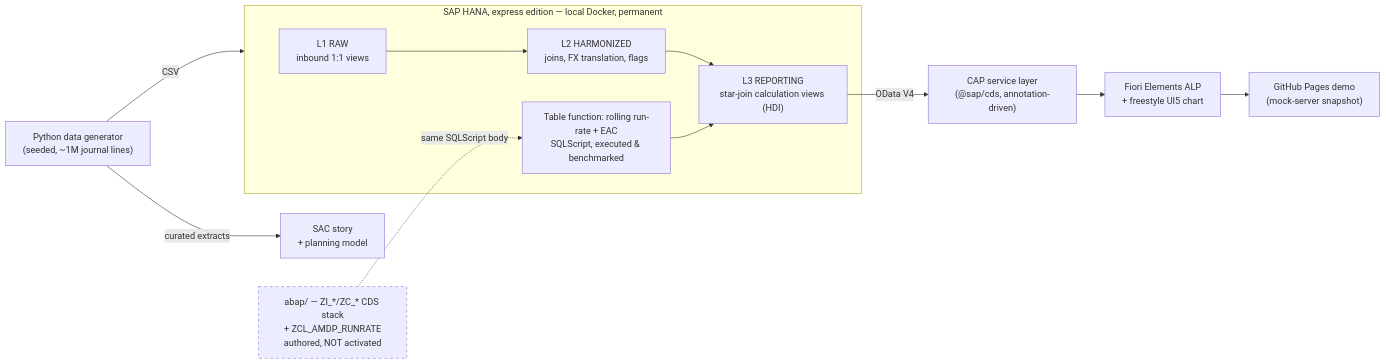
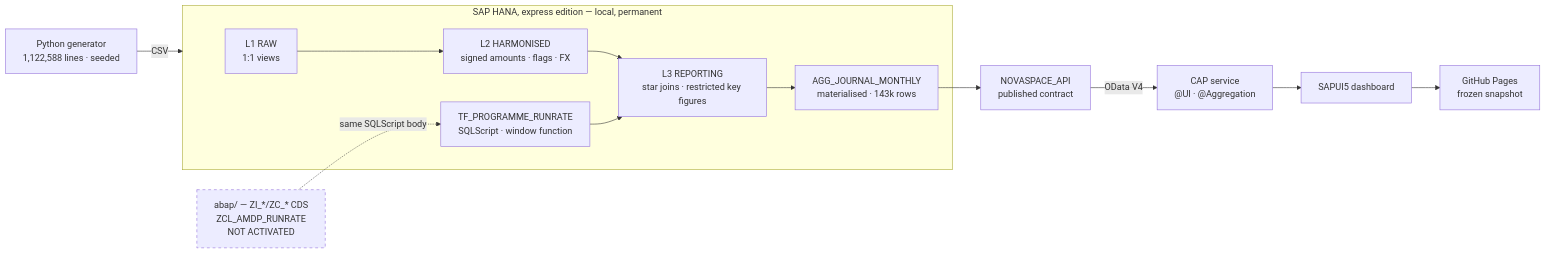
Before and after one commit to Aymane-git21/nova-finance-bi: the diagram in README.md, drawn with Mermaid. The commit also changed other lines of this file and 3 other files, not shown here.

````diff
--- a/README.md
+++ b/README.md
@@ -21,19 +31,20 @@
 ```mermaid
 flowchart LR
-    GEN["Python data generator<br/>(seeded, ~1M journal lines)"] -->|CSV| HANA
-    GEN -->|curated extracts| SAC["SAC story<br/>+ planning model"]
+    GEN["Python generator<br/>1,122,588 lines · seeded"] -->|CSV| HANA
 
-    subgraph HANA["SAP HANA, express edition — local Docker, permanent"]
-        L1["L1 RAW<br/>inbound 1:1 views"] --> L2["L2 HARMONIZED<br/>joins, FX translation, flags"]
-        L2 --> L3["L3 REPORTING<br/>star-join calculation views (HDI)"]
-        TF["Table function: rolling run-rate + EAC<br/>SQLScript, executed &amp; benchmarked"] --> L3
+    subgraph HANA["SAP HANA, express edition — local, permanent"]
+        L1["L1 RAW<br/>1:1 views"] --> L2["L2 HARMONISED<br/>signed amounts · flags · FX"]
+        L2 --> L3["L3 REPORTING<br/>star joins · restricted key figures"]
+        TF["TF_PROGRAMME_RUNRATE<br/>SQLScript · window function"] --> L3
+        L3 --> AGG["AGG_JOURNAL_MONTHLY<br/>materialised · 143k rows"]
     end
 
-    L3 -->|OData V4| CAP["CAP service layer<br/>(@sap/cds, annotation-driven)"]
-    CAP --> FIORI["Fiori Elements ALP<br/>+ freestyle UI5 chart"]
-    FIORI --> PAGES["GitHub Pages demo<br/>(mock-server snapshot)"]
+    AGG --> API["NOVASPACE_API<br/>published contract"]
+    API -->|OData V4| CAP["CAP service<br/>@UI · @Aggregation"]
+    CAP --> UI5["SAPUI5 dashboard"]
+    UI5 --> PAGES["GitHub Pages<br/>frozen snapshot"]
 
-    ABAP["abap/ — ZI_*/ZC_* CDS stack<br/>+ ZCL_AMDP_RUNRATE<br/>authored, NOT activated"] -.->|same SQLScript body| TF
+    ABAP["abap/ — ZI_*/ZC_* CDS<br/>ZCL_AMDP_RUNRATE<br/>NOT ACTIVATED"] -.->|same SQLScript body| TF
 
     style ABAP stroke-dasharray: 5 5
 ```
````
